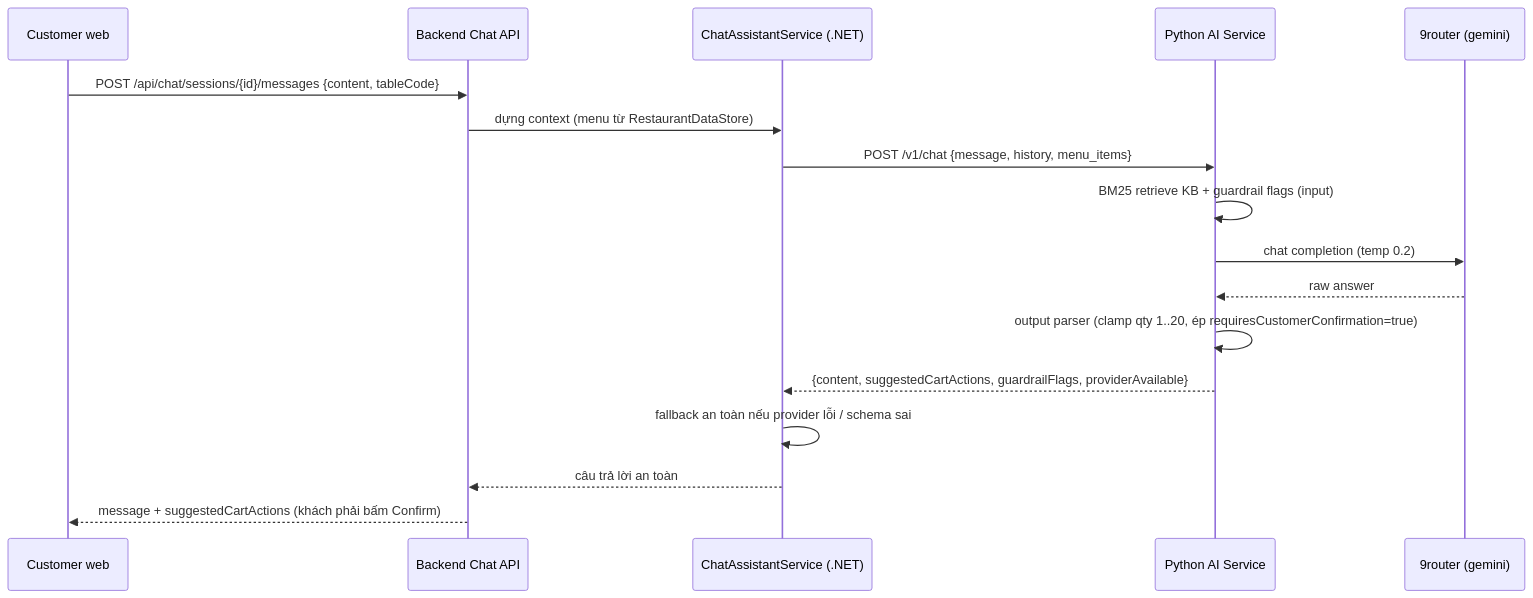
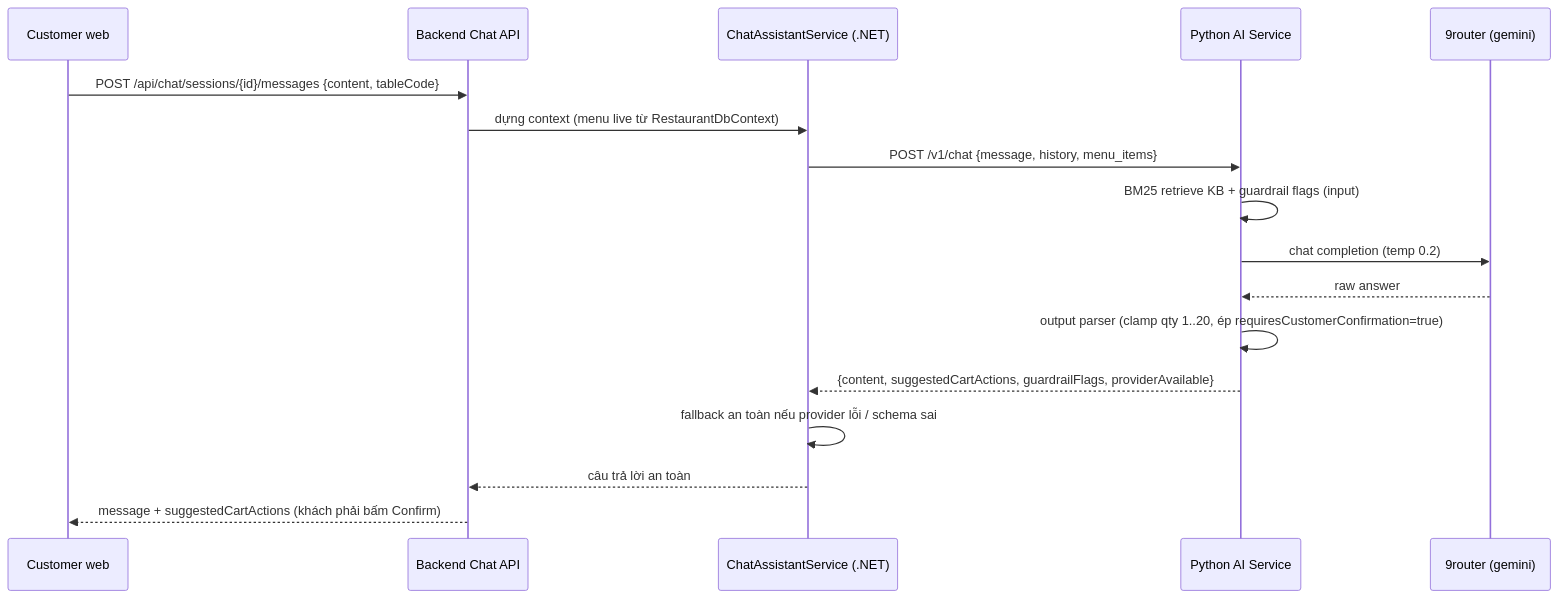
Diagram 11 of 12 in docs/SYSTEM_ANALYSIS_DESIGN.md (Anpham120/restaurant-qr-ai-ordering), drawn with Mermaid before and after one commit. The commit also changed other lines of this file and 3 other files, not shown here.

Commit message:
docs: refresh runtime architecture

````diff
--- a/docs/SYSTEM_ANALYSIS_DESIGN.md
+++ b/docs/SYSTEM_ANALYSIS_DESIGN.md
@@ -393,19 +391,19 @@
 ```mermaid
 sequenceDiagram
     participant C as Customer web
     participant API as Backend Chat API
     participant AS as ChatAssistantService (.NET)
     participant AI as Python AI Service
     participant R9 as 9router (gemini)
     C->>API: POST /api/chat/sessions/{id}/messages {content, tableCode}
-    API->>AS: dựng context (menu từ RestaurantDataStore)
+    API->>AS: dựng context (menu live từ RestaurantDbContext)
     AS->>AI: POST /v1/chat {message, history, menu_items}
     AI->>AI: BM25 retrieve KB + guardrail flags (input)
     AI->>R9: chat completion (temp 0.2)
     R9-->>AI: raw answer
     AI->>AI: output parser (clamp qty 1..20, ép requiresCustomerConfirmation=true)
     AI-->>AS: {content, suggestedCartActions, guardrailFlags, providerAvailable}
     AS->>AS: fallback an toàn nếu provider lỗi / schema sai
     AS-->>API: câu trả lời an toàn
     API-->>C: message + suggestedCartActions (khách phải bấm Confirm)
 ```
````
